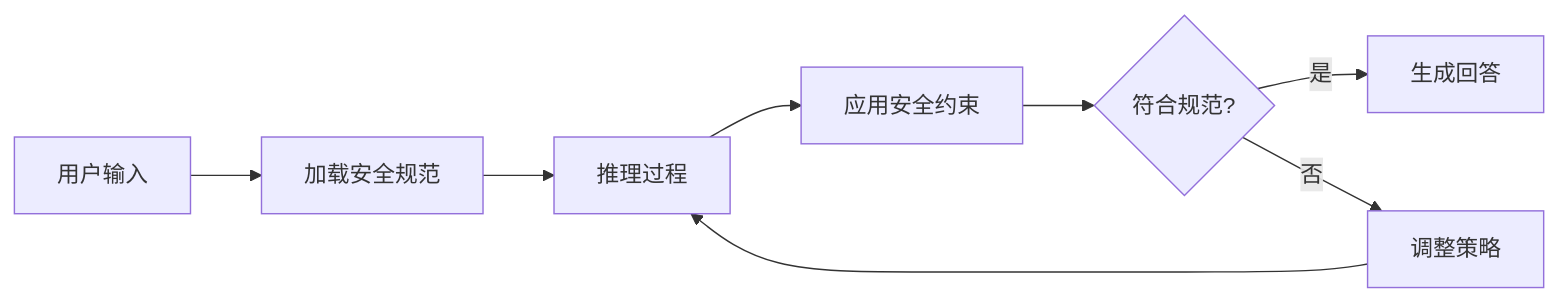
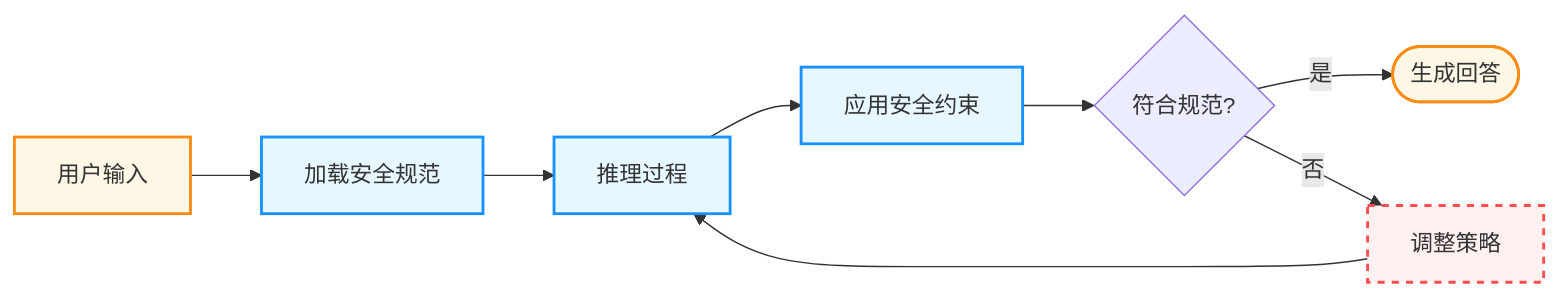
The second of 4 diagrams in 07_evolution/7.5_reasoning.md (yeasy/agentic_ai_guide), drawn with Mermaid before and after one commit. The commit also changed other lines of this file and 36 other files, not shown here.

````diff
--- a/07_evolution/7.5_reasoning.md
+++ b/07_evolution/7.5_reasoning.md
@@ -116,10 +126,20 @@
 ```mermaid
 flowchart LR
+    %% Agentic Design System
+    classDef user fill:#fff7e6,stroke:#fa8c16,stroke-width:2px;
+    classDef agent fill:#e6f7ff,stroke:#1890ff,stroke-width:2px;
+    classDef error fill:#fff1f0,stroke:#ff4d4f,stroke-width:2px,stroke-dasharray: 5 5;
+
     a["用户输入"] --> b["加载安全规范"]
     b --> c["推理过程"]
     c --> d["应用安全约束"]
     d --> e{符合规范?}
-    e -->|是| f["生成回答"]
+    e -->|是| f(["生成回答"])
     e -->|否| g["调整策略"]
     g --> c
+    
+    class a user;
+    class b,c,d agent;
+    class f user;
+    class g error;
 ```
````
